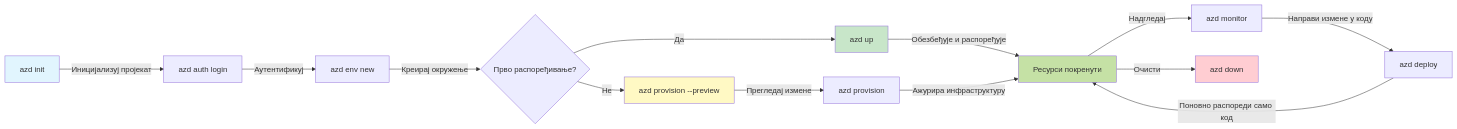
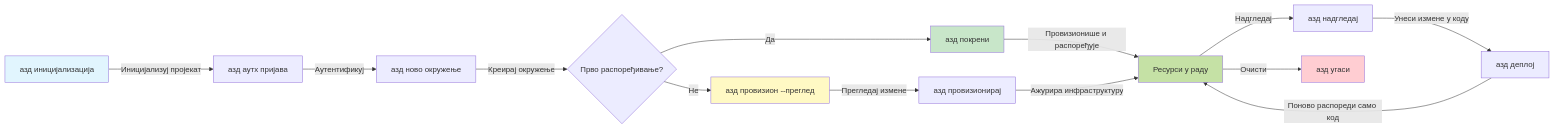
The first of 2 diagrams in translations/sr/docs/chapter-01-foundation/azd-basics.md (microsoft/AZD-for-beginners), drawn with Mermaid before and after one commit. The commit also changed other lines of this file and 104 other files, not shown here.

````diff
--- a/translations/sr/docs/chapter-01-foundation/azd-basics.md
+++ b/translations/sr/docs/chapter-01-foundation/azd-basics.md
@@ -269,21 +269,21 @@
 ```mermaid
 graph LR
-    A[azd init] -->|Иницијализуј пројекат| B[azd auth login]
-    B -->|Аутентификуј| C[azd env new]
+    A[азд иницијализација] -->|Иницијализуј пројекат| B[азд аутх пријава]
+    B -->|Аутентификуј| C[азд ново окружење]
     C -->|Креирај окружење| D{Прво распоређивање?}
-    D -->|Да| E[azd up]
-    D -->|Не| F[azd provision --preview]
-    F -->|Прегледај измене| G[azd provision]
-    E -->|Обезбеђује и распоређује| H[Ресурси покренути]
+    D -->|Да| E[азд покрени]
+    D -->|Не| F[азд провизион --преглед]
+    F -->|Прегледај измене| G[азд провизионирај]
+    E -->|Провизионише и распоређује| H[Ресурси у раду]
     G -->|Ажурира инфраструктуру| H
-    H -->|Надгледај| I[azd monitor]
-    I -->|Направи измене у коду| J[azd deploy]
-    J -->|Поновно распореди само код| H
-    H -->|Очисти| K[azd down]
+    H -->|Надгледај| I[азд надгледај]
+    I -->|Унеси измене у коду| J[азд деплој]
+    J -->|Поново распореди само код| H
+    H -->|Очисти| K[азд угаси]
     
     style A fill:#e1f5fe
     style E fill:#c8e6c9
     style F fill:#fff9c4
     style H fill:#c5e1a5
     style K fill:#ffcdd2
 ```
````
